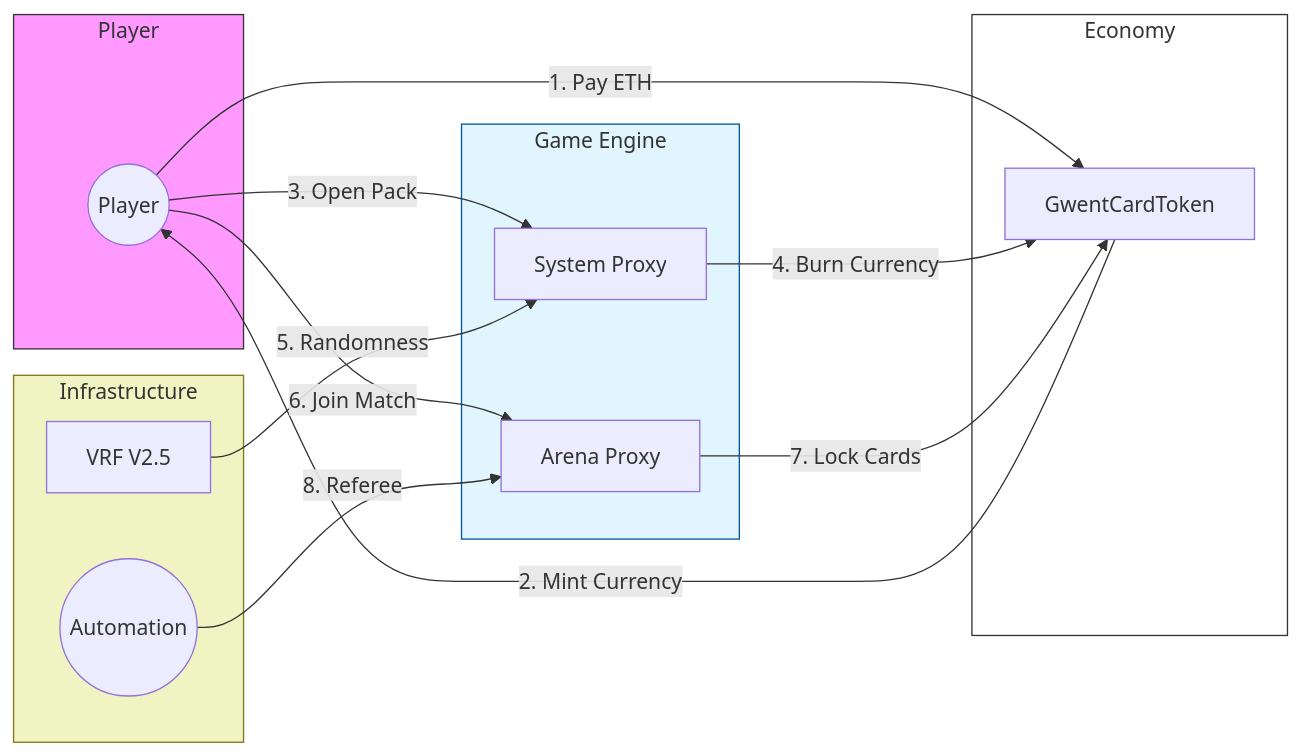
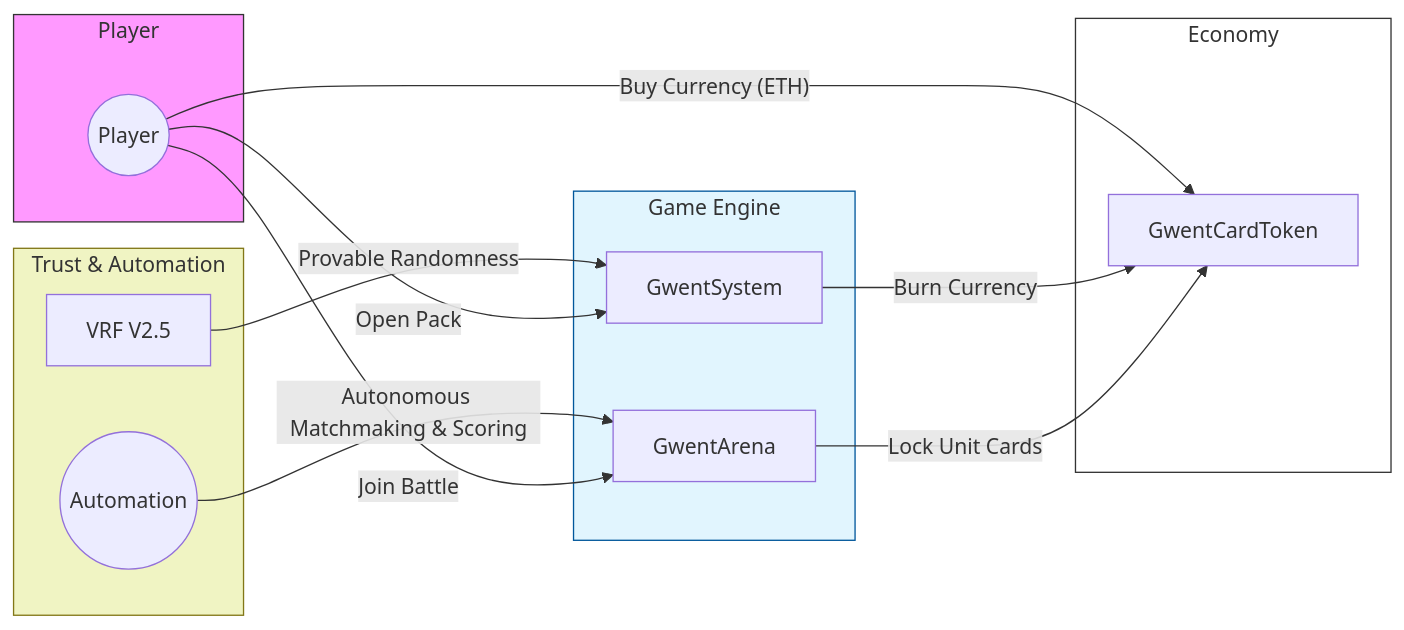
Before and after one commit to Winter0016/Witcher3-Gwent-Card-Game-Smart-Contract: the diagram in README.md, drawn with Mermaid.

Commit message:
trying to fix the graph 2

````diff
--- a/README.md
+++ b/README.md
@@ -28,40 +28,42 @@
 ```mermaid
 graph LR
+    %% Infrastructure Layer
+    subgraph Infrastructure [Trust & Automation]
+        VRF[VRF V2.5]
+        Automation((Automation))
+    end
+
+    %% Central Highway (The Game)
     subgraph P [Player]
         User((Player))
     end
 
+    subgraph G [Game Engine]
+        System[GwentSystem]
+        Arena[GwentArena]
+    end
+
+    %% Economy Layer
     subgraph E [Economy]
         Token[GwentCardToken]
     end
 
-    subgraph G [Game Engine]
-        Arena[Arena Proxy]
-        System[System Proxy]
-    end
+    %% 1. Infrastructure Actions (From Top)
+    VRF -- "Provable Randomness" --> System
+    Automation -- "Autonomous Matchmaking & Scoring" --> Arena
 
-    subgraph I [Infrastructure]
-        Automation((Automation))
-        VRF[VRF V2.5]
-    end
+    %% 2. User Highway (Middle)
+    User -- "Open Pack" --> System
+    User -- "Join Battle" --> Arena
 
-    %% 1. Onboarding
-    User -- "1. Pay ETH" --> Token
-    Token -- "2. Mint Currency" --> User
-
-    %% 2. Progression
-    User -- "3. Open Pack" --> System
-    System -- "4. Burn Currency" --> Token
-    VRF -- "5. Randomness" --> System
-
-    %% 3. Battle
-    User -- "6. Join Match" --> Arena
-    Arena -- "7. Lock Cards" --> Token
-    Automation -- "8. Referee" --> Arena
+    %% 3. Economic Flow (From Bottom)
+    User -- "Buy Currency (ETH)" --> Token
+    System -- "Burn Currency" --> Token
+    Arena -- "Lock Unit Cards" --> Token
 
     %% Styling
+    style Infrastructure fill:#f0f4c3,stroke:#827717
     style P fill:#f9f,stroke:#333
+    style G fill:#e1f5fe,stroke:#01579b
     style E fill:#fff,stroke:#333
-    style G fill:#e1f5fe,stroke:#01579b
-    style I fill:#f0f4c3,stroke:#827717
 ```
````
